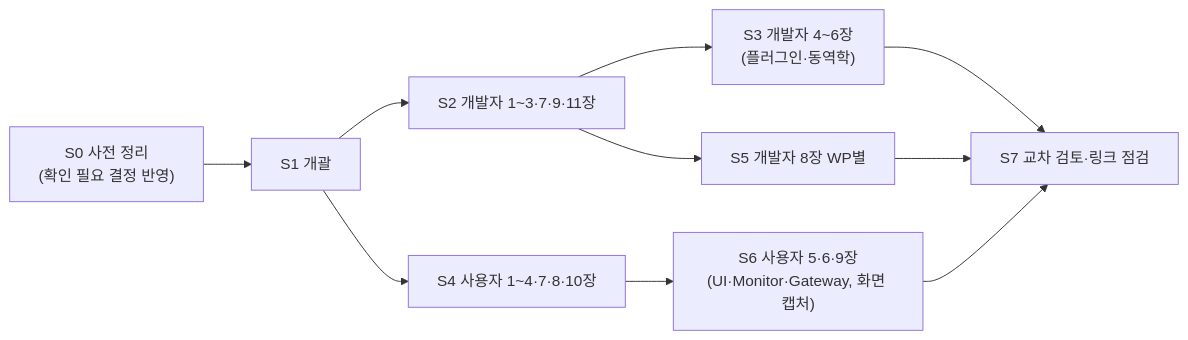
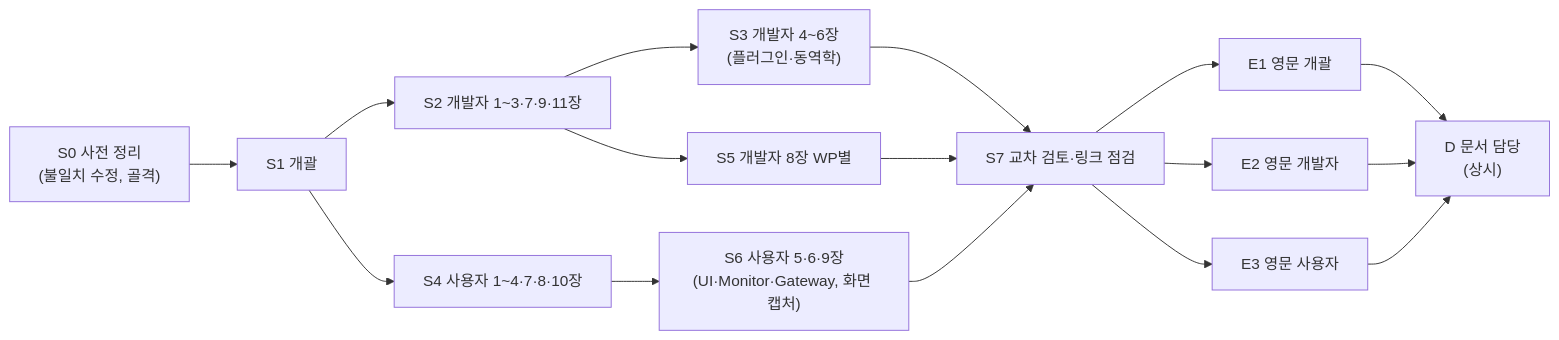
One commit to Kimbyung-wook/SwarmFlSim changed the second of 3 diagrams in docs/30_doc_plan.md. Above: the diagram before and after it, drawn with Mermaid. The commit also changed other lines of this file and 1 other file, not shown here.

````diff
--- a/docs/30_doc_plan.md
+++ b/docs/30_doc_plan.md
@@ -161,12 +175,18 @@
 ```mermaid
 flowchart LR
-    S0["S0 사전 정리<br/>(확인 필요 결정 반영)"] --> S1["S1 개괄"]
+    S0["S0 사전 정리<br/>(불일치 수정, 골격)"] --> S1["S1 개괄"]
     S1 --> S2["S2 개발자 1~3·7·9·11장"]
     S1 --> S4["S4 사용자 1~4·7·8·10장"]
     S2 --> S3["S3 개발자 4~6장<br/>(플러그인·동역학)"]
     S2 --> S5["S5 개발자 8장 WP별"]
     S4 --> S6["S6 사용자 5·6·9장<br/>(UI·Monitor·Gateway, 화면 캡처)"]
     S3 --> S7["S7 교차 검토·링크 점검"]
     S5 --> S7
     S6 --> S7
+    S7 --> E1["E1 영문 개괄"]
+    S7 --> E2["E2 영문 개발자"]
+    S7 --> E3["E3 영문 사용자"]
+    E1 --> D["D 문서 담당<br/>(상시)"]
+    E2 --> D
+    E3 --> D
 ```
````
